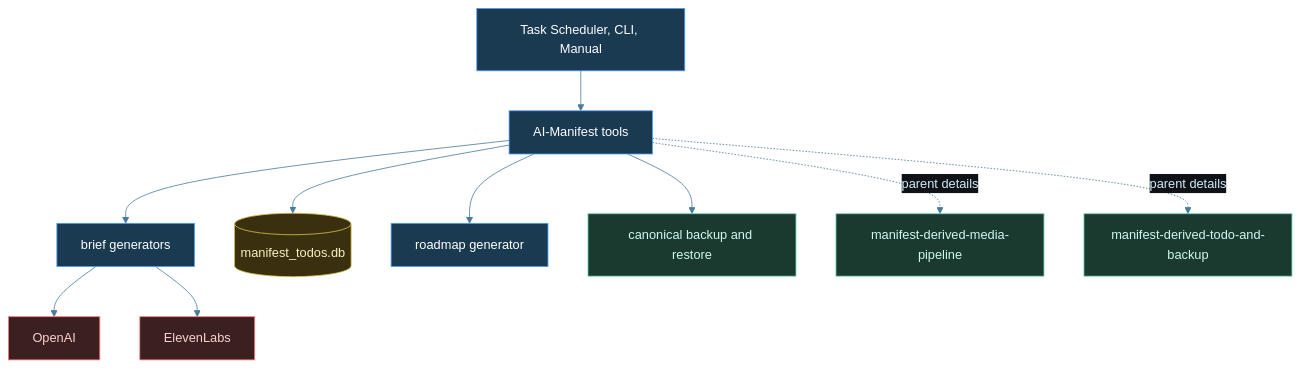
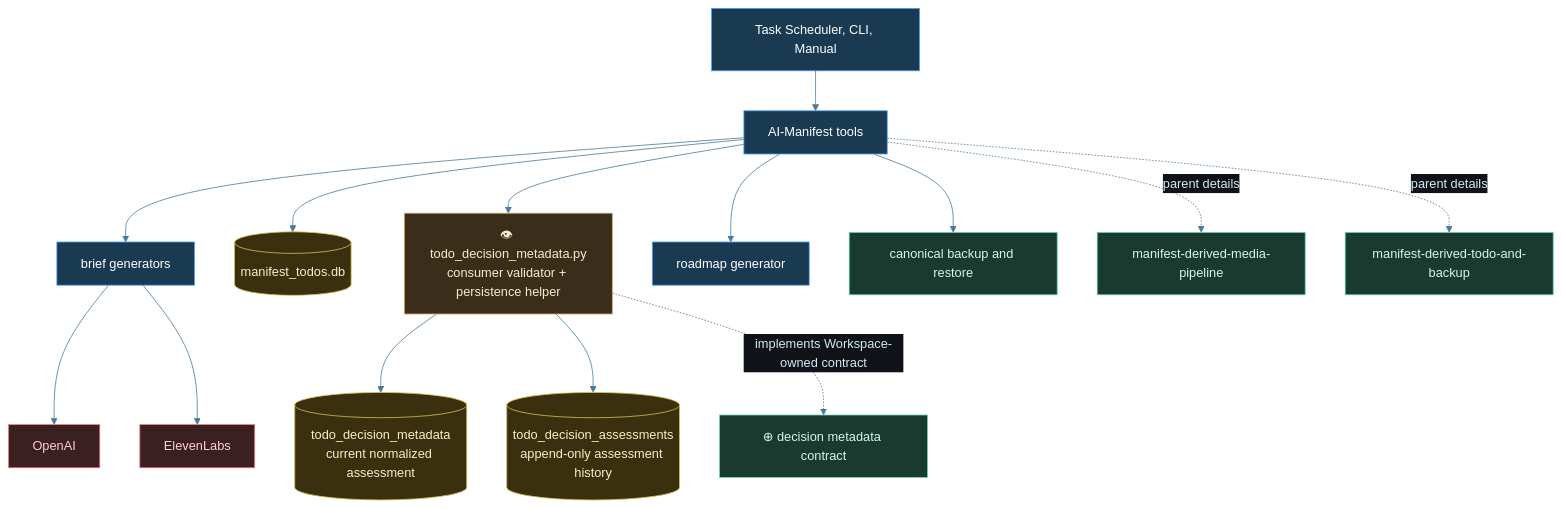
One commit to tylerdrakemusic/-Workspace changed the diagram in diagrams/manifest-architecture.mmd. Above: the diagram before and after it, drawn with Mermaid. The commit also changed 6 other files, not shown here.

Commit message:
⊕ workspace: FR-20260827 repair decision metadata diagrams

```diff
--- a/diagrams/manifest-architecture.mmd
+++ b/diagrams/manifest-architecture.mmd
@@ -1,21 +1,34 @@
 %%{init: {'theme': 'base', 'themeVariables': {'primaryColor': '#1a2e3a', 'primaryTextColor': '#d0ecf8', 'edgeLabelBackground': '#0f1318', 'lineColor': '#4a7a9a'}}}%%
 %% is_derived_view=false
 %% Traceability.derived_views: diagrams/manifest-derived-media-pipeline.mmd, diagrams/manifest-derived-todo-and-backup.mmd
 graph TB
     Triggers[Task Scheduler, CLI, Manual] --> Tools[AI-Manifest tools]
     Tools --> Briefs[brief generators]
     Briefs --> OpenAI[OpenAI]
     Briefs --> ElevenLabs[ElevenLabs]
     Tools --> TodoDB[(manifest_todos.db)]
+    Tools --> DecisionMetadata[👁 todo_decision_metadata.py<br/>consumer validator + persistence helper]
+    DecisionMetadata --> CurrentMetadata[(todo_decision_metadata<br/>current normalized assessment)]
+    DecisionMetadata --> AssessmentHistory[(todo_decision_assessments<br/>append-only assessment history)]
+    DecisionMetadata -.->|implements Workspace-owned contract| Contract[⊕ decision metadata contract]
     Tools --> Roadmap[roadmap generator]
     Tools --> Backup[canonical backup and restore]
     Tools -.->|parent details| Media[manifest-derived-media-pipeline]
     Tools -.->|parent details| Todo[manifest-derived-todo-and-backup]
     class Triggers,Tools,Briefs,Roadmap orch
     class TodoDB db
+    class CurrentMetadata,AssessmentHistory db
+    class DecisionMetadata manifest
+    class Contract ws
     class OpenAI,ElevenLabs ext
     class Backup,Media,Todo ws
-classDef orch fill:#1a3a52,stroke:#4a9eff,color:#fff
-classDef ws fill:#1a3a30,stroke:#6ad4b4,color:#d0f8ee
-classDef ext fill:#3a2020,stroke:#ff7a7a,color:#ffd0d0
-classDef db fill:#3a3010,stroke:#d4c050,color:#f8f0c0
+classDef life     fill:#1a2e3a,stroke:#6ab4d4,color:#d0ecf8
+classDef music    fill:#3a1a24,stroke:#d47a8f,color:#f8d0dc
+classDef quantum  fill:#251a3a,stroke:#a07adf,color:#e8d0f8
+classDef manifest fill:#3a2e1a,stroke:#d4a96a,color:#f8ead0
+classDef ws       fill:#1a3a30,stroke:#6ad4b4,color:#d0f8ee
+classDef tyler    fill:#2a1a3a,stroke:#9e4aff,color:#fff
+classDef orch     fill:#1a3a52,stroke:#4a9eff,color:#fff
+classDef ext      fill:#3a2020,stroke:#ff7a7a,color:#ffd0d0
+classDef db       fill:#3a3010,stroke:#d4c050,color:#f8f0c0
+classDef state    fill:#1a1a1a,stroke:#888888,color:#cccccc
```
